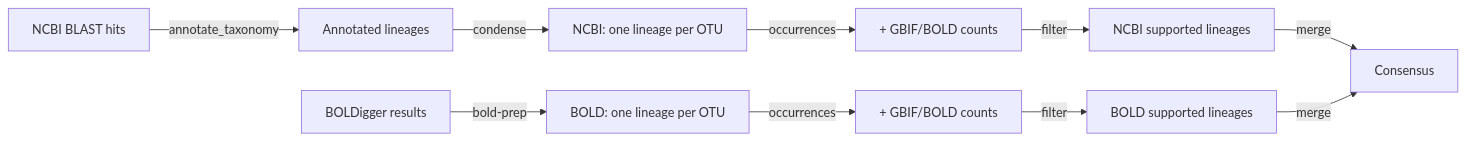
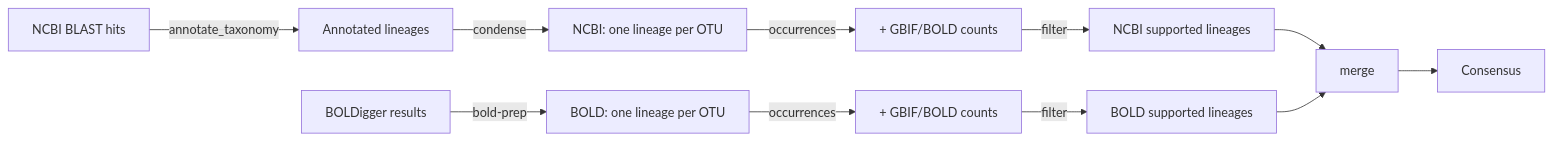
Before and after one commit to sararsampaio/taxcord: the diagram in README.md, drawn with Mermaid. The commit also changed other lines of this file, not shown here.

First line of the commit message:
Simplify pipeline diagram to a single mermaid graph with one merge node

````diff
--- a/README.md
+++ b/README.md
@@ -27,14 +19,15 @@
 ```mermaid
 flowchart LR
     A[NCBI BLAST hits] -->|annotate_taxonomy| B[Annotated lineages]
     B -->|condense| C[NCBI: one lineage per OTU]
     C -->|occurrences| D[+ GBIF/BOLD counts]
     D -->|filter| E[NCBI supported lineages]
 
     A2[BOLDigger results] -->|bold-prep| C2[BOLD: one lineage per OTU]
     C2 -->|occurrences| D2[+ GBIF/BOLD counts]
     D2 -->|filter| E2[BOLD supported lineages]
 
-    E -->|merge| F[Consensus]
-    E2 -->|merge| F
+    E --> M[merge]
+    E2 --> M
+    M --> F[Consensus]
 ```
````
